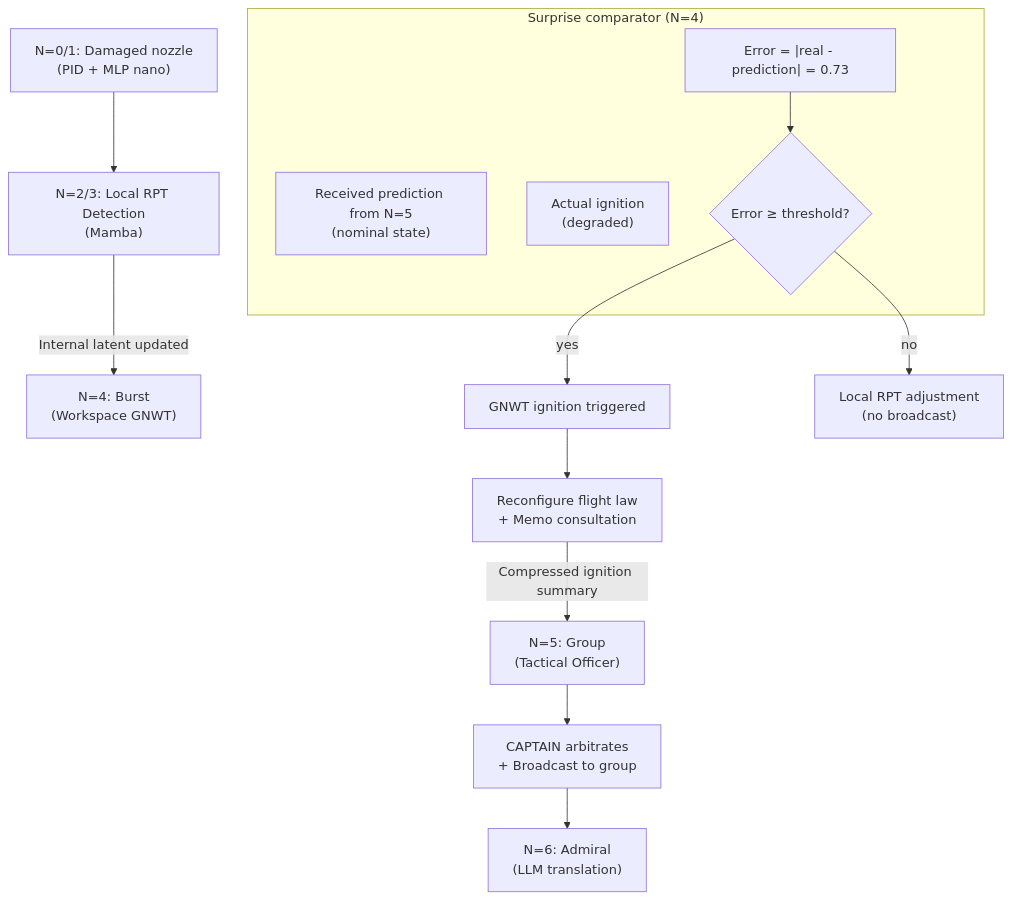
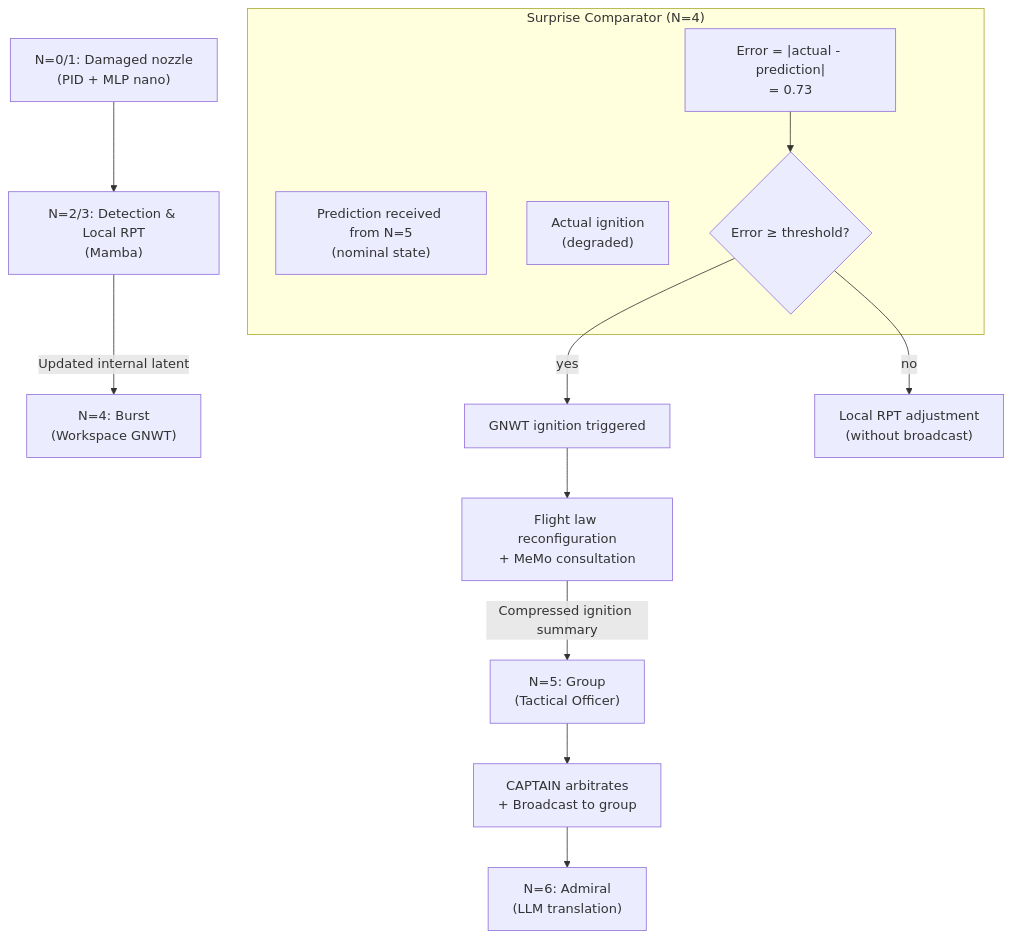
The sixth of 8 diagrams in architecture/architecture.md (AlainCo/GNWT-Garrigue-X-en), drawn with Mermaid before and after one commit. The commit also changed other lines of this file and 22 other files, not shown here.

````diff
--- a/architecture/architecture.md
+++ b/architecture/architecture.md
@@ -133,22 +133,23 @@
 ```mermaid
 flowchart TD
-    A["N=0/1: Damaged nozzle\n(PID + MLP nano)"] --> B["N=2/3: Local RPT Detection\n(Mamba)"]
+    A["N=0/1: Damaged nozzle\n(PID + MLP nano)"] 
+    --> B["N=2/3: Detection & Local RPT\n(Mamba)"]
 
-    B -->|"Internal latent updated"| C["N=4: Burst\n(Workspace GNWT)"]
+    B -->|"Updated internal latent"| C["N=4: Burst\n(Workspace GNWT)"]
 
-    subgraph Comparator ["Surprise comparator (N=4)"]
-        D1["Received prediction from N=5\n(nominal state)"]
+    subgraph Comparator ["Surprise Comparator (N=4)"]
+        D1["Prediction received from N=5\n(nominal state)"]
         D2["Actual ignition\n(degraded)"]
-        D3["Error = |real - prediction| = 0.73"]
+        D3["Error = |actual - prediction|\n= 0.73"]
         D4{Error ≥ threshold?}
     end
 
     D3 --> D4
     D4 -->|yes| E["GNWT ignition triggered"]
-    D4 -->|no| F["Local RPT adjustment\n(no broadcast)"]
+    D4 -->|no| F["Local RPT adjustment\n(without broadcast)"]
 
-    E --> G["Reconfigure flight law\n+ Memo consultation"]
+    E --> G["Flight law reconfiguration\n+ MeMo consultation"]
     G -->|"Compressed ignition summary"| H["N=5: Group\n(Tactical Officer)"]
     H --> I["CAPTAIN arbitrates\n+ Broadcast to group"]
     I --> J["N=6: Admiral\n(LLM translation)"]
 ```
````
